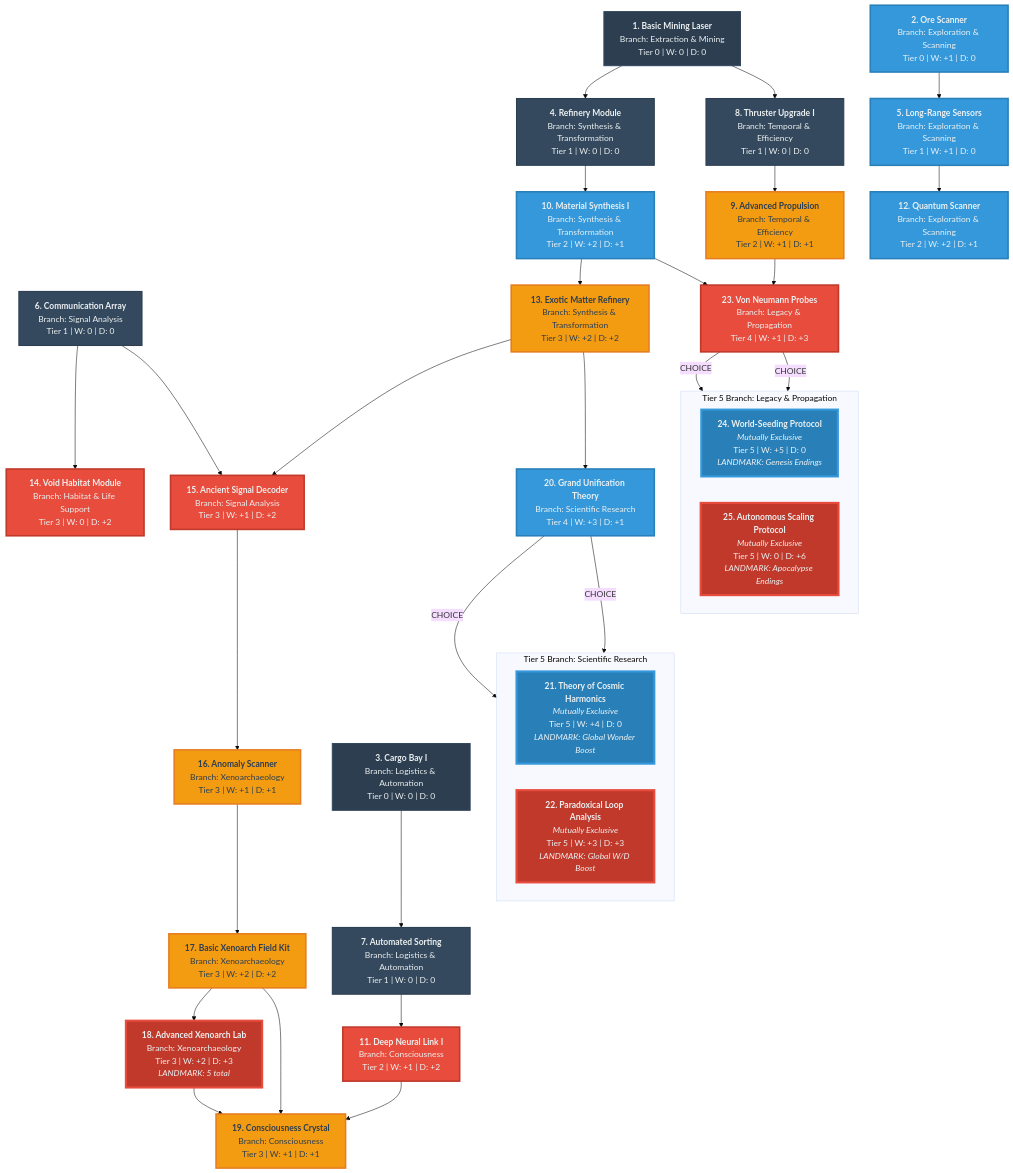
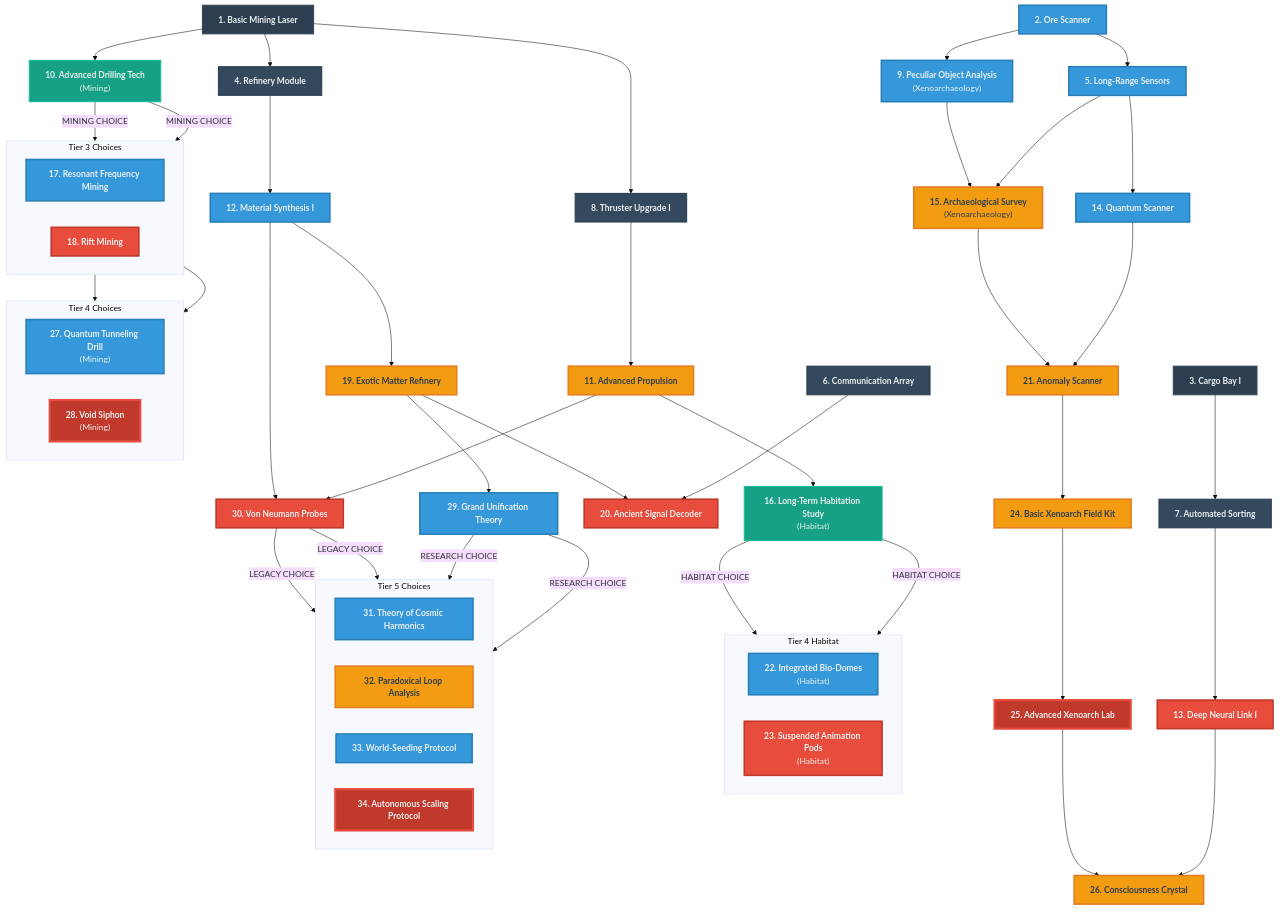
The diagram in projects/cosmos-and-chaos-2025-11/session.md (bravegeek/ai-workshop), drawn with Mermaid (base theme) before and after one commit. The commit also changed other lines of this file and 1 other file, not shown here.

First line of the commit message:
Enhance tech tree and gameplay mechanics through comprehensive session analyses

````diff
--- a/projects/cosmos-and-chaos-2025-11/session.md
+++ b/projects/cosmos-and-chaos-2025-11/session.md
@@ -541,96 +46,101 @@
     classDef landmarkWonder fill:#2980b9,stroke:#3498db,stroke-width:4px,color:#ecf0f1
     classDef landmarkDread fill:#c0392b,stroke:#e74c3c,stroke-width:4px,color:#ecf0f1
 
-    %% Tier 0: Foundation
-    T01["<b>1. Basic Mining Laser</b><br/>Branch: Extraction & Mining<br/>Tier 0 | W: 0 | D: 0"]
-    T02["<b>2. Ore Scanner</b><br/>Branch: Exploration & Scanning<br/>Tier 0 | W: +1 | D: 0"]
-    T03["<b>3. Cargo Bay I</b><br/>Branch: Logistics & Automation<br/>Tier 0 | W: 0 | D: 0"]
+    %% Tier 0
+    T01["<b>1. Basic Mining Laser</b>"]
+    T02["<b>2. Ore Scanner</b>"]
+    T03["<b>3. Cargo Bay I</b>"]
 
-    %% Tier 1: Early Expansion
-    T04["<b>4. Refinery Module</b><br/>Branch: Synthesis & Transformation<br/>Tier 1 | W: 0 | D: 0"]
-    T05["<b>5. Long-Range Sensors</b><br/>Branch: Exploration & Scanning<br/>Tier 1 | W: +1 | D: 0"]
-    T06["<b>6. Communication Array</b><br/>Branch: Signal Analysis<br/>Tier 1 | W: 0 | D: 0"]
-    T07["<b>7. Automated Sorting</b><br/>Branch: Logistics & Automation<br/>Tier 1 | W: 0 | D: 0"]
-    T08["<b>8. Thruster Upgrade I</b><br/>Branch: Temporal & Efficiency<br/>Tier 1 | W: 0 | D: 0"]
+    %% Tier 1
+    T04["<b>4. Refinery Module</b>"]
+    T05["<b>5. Long-Range Sensors</b>"]
+    T06["<b>6. Communication Array</b>"]
+    T07["<b>7. Automated Sorting</b>"]
+    T08["<b>8. Thruster Upgrade I</b>"]
+    T09["<b>9. Peculiar Object Analysis</b><br/>(Xenoarchaeology)"]
 
-    %% Tier 2: Deepening Mystery
-    T09["<b>9. Advanced Propulsion</b><br/>Branch: Temporal & Efficiency<br/>Tier 2 | W: +1 | D: +1"]
-    T10["<b>10. Material Synthesis I</b><br/>Branch: Synthesis & Transformation<br/>Tier 2 | W: +2 | D: +1"]
-    T11["<b>11. Deep Neural Link I</b><br/>Branch: Consciousness<br/>Tier 2 | W: +1 | D: +2"]
-    T12["<b>12. Quantum Scanner</b><br/>Branch: Exploration & Scanning<br/>Tier 2 | W: +2 | D: +1"]
+    %% Tier 2
+    T10["<b>10. Advanced Drilling Tech</b><br/>(Mining)"]
+    T11["<b>11. Advanced Propulsion</b>"]
+    T12["<b>12. Material Synthesis I</b>"]
+    T13["<b>13. Deep Neural Link I</b>"]
+    T14["<b>14. Quantum Scanner</b>"]
+    T15["<b>15. Archaeological Survey</b><br/>(Xenoarchaeology)"]
+    T16["<b>16. Long-Term Habitation Study</b><br/>(Habitat)"]
 
-    %% Tier 3: The Weight Increases
-    T13["<b>13. Exotic Matter Refinery</b><br/>Branch: Synthesis & Transformation<br/>Tier 3 | W: +2 | D: +2"]
-    T14["<b>14. Void Habitat Module</b><br/>Branch: Habitat & Life Support<br/>Tier 3 | W: 0 | D: +2"]
-    T15["<b>15. Ancient Signal Decoder</b><br/>Branch: Signal Analysis<br/>Tier 3 | W: +1 | D: +2"]
-    T16["<b>16. Anomaly Scanner</b><br/>Branch: Xenoarchaeology<br/>Tier 3 | W: +1 | D: +1"]
-    T17["<b>17. Basic Xenoarch Field Kit</b><br/>Branch: Xenoarchaeology<br/>Tier 3 | W: +2 | D: +2"]
-    T18["<b>18. Advanced Xenoarch Lab</b><br/>Branch: Xenoarchaeology<br/>Tier 3 | W: +2 | D: +3<br/><i>LANDMARK: 5 total</i>"]
-    T19["<b>19. Consciousness Crystal</b><br/>Branch: Consciousness<br/>Tier 3 | W: +1 | D: +1"]
+    %% Tier 3
+    subgraph "Tier 3 Choices"
+        direction LR
+        T17["<b>17. Resonant Frequency Mining</b>"]
+        T18["<b>18. Rift Mining</b>"]
+    end
+    T19["<b>19. Exotic Matter Refinery</b>"]
+    T20["<b>20. Ancient Signal Decoder</b>"]
+    T21["<b>21. Anomaly Scanner</b>"]
+    T24["<b>24. Basic Xenoarch Field Kit</b>"]
 
-    %% Tier 4: Late Game Start
-    T20["<b>20. Grand Unification Theory</b><br/>Branch: Scientific Research<br/>Tier 4 | W: +3 | D: +1"]
-    T23["<b>23. Von Neumann Probes</b><br/>Branch: Legacy & Propagation<br/>Tier 4 | W: +1 | D: +3"]
-
-    %% Tier 5: Late Game Choice
-    subgraph "Tier 5 Branch: Scientific Research"
+    %% Tier 4
+    subgraph "Tier 4 Choices"
         direction LR
-        T21["<b>21. Theory of Cosmic Harmonics</b><br/><i>Mutually Exclusive</i><br/>Tier 5 | W: +4 | D: 0<br/><i>LANDMARK: Global Wonder Boost</i>"]
-        T22["<b>22. Paradoxical Loop Analysis</b><br/><i>Mutually Exclusive</i><br/>Tier 5 | W: +3 | D: +3<br/><i>LANDMARK: Global W/D Boost</i>"]
+        T27["<b>27. Quantum Tunneling Drill</b><br/>(Mining)"]
+        T28["<b>28. Void Siphon</b><br/>(Mining)"]
     end
-    subgraph "Tier 5 Branch: Legacy & Propagation"
+    subgraph "Tier 4 Habitat"
         direction LR
-        T24["<b>24. World-Seeding Protocol</b><br/><i>Mutually Exclusive</i><br/>Tier 5 | W: +5 | D: 0<br/><i>LANDMARK: Genesis Endings</i>"]
-        T25["<b>25. Autonomous Scaling Protocol</b><br/><i>Mutually Exclusive</i><br/>Tier 5 | W: 0 | D: +6<br/><i>LANDMARK: Apocalypse Endings</i>"]
+        T22["<b>22. Integrated Bio-Domes</b><br/>(Habitat)"]
+        T23["<b>23. Suspended Animation Pods</b><br/>(Habitat)"]
+    end
+    T25["<b>25. Advanced Xenoarch Lab</b>"]
+    T26["<b>26. Consciousness Crystal</b>"]
+    T29["<b>29. Grand Unification Theory</b>"]
+    T30["<b>30. Von Neumann Probes</b>"]
+    
+    %% Tier 5
+    subgraph "Tier 5 Choices"
+        direction LR
+        T31["<b>31. Theory of Cosmic Harmonics</b>"]
+        T32["<b>32. Paradoxical Loop Analysis</b>"]
+        T33["<b>33. World-Seeding Protocol</b>"]
+        T34["<b>34. Autonomous Scaling Protocol</b>"]
     end
 
-
-    %% Prerequisites (Dependencies)
-    T01 --> T04
-    T01 --> T08
-    T02 --> T05
+    %% Dependencies
+    T01 --> T04; T01 --> T08; T01 --> T10
+    T02 --> T05; T02 --> T09
     T03 --> T07
-    T04 --> T10
-    T05 --> T12
-    T07 --> T11
-    T08 --> T09
-    T10 --> T13
-    T10 --> T23
-    T09 --> T23
-    T06 --> T14
-    T06 --> T15
-    T13 --> T15
-    T13 --> T20
-    T15 --> T16
-    T16 --> T17
-    T17 --> T18
-    T11 --> T19
-    T17 --> T19
-    T18 --> T19
-    
-    %% Tier 4/5 Dependencies
-    T20 -- "CHOICE" --> T21
-    T20 -- "CHOICE" --> T22
-    T23 -- "CHOICE" --> T24
-    T23 -- "CHOICE" --> T25
+    T04 --> T12
+    T05 --> T14; T05 --> T15
+    T06 --> T20
+    T07 --> T13
+    T08 --> T11
+    T09 --> T15
+    T10 -- "MINING CHOICE" --> T17; T10 -- "MINING CHOICE" --> T18
+    T11 --> T16; T11 --> T30
+    T12 --> T19; T12 --> T30
+    T13 --> T26
+    T14 --> T21
+    T15 --> T21
+    T16 -- "HABITAT CHOICE" --> T22; T16 -- "HABITAT CHOICE" --> T23
+    T17 --> T27
+    T18 --> T28
+    T19 --> T20; T19 --> T29
+    T21 --> T24
+    T24 --> T25
+    T25 --> T26
+    T29 -- "RESEARCH CHOICE" --> T31; T29 -- "RESEARCH CHOICE" --> T32
+    T30 -- "LEGACY CHOICE" --> T33; T30 -- "LEGACY CHOICE" --> T34
 
 
-    %% Apply tier styling
+    %% Styling
     class T01,T02,T03 tier0
-    class T04,T05,T06,T07,T08 tier1
-    class T09,T10,T11,T12 tier2
-    class T13,T14,T15,T16,T17,T18,T19 tier3
-    class T20,T23 tier4
-    class T21,T22,T24,T25 tier5
+    class T04,T05,T06,T07,T08,T09 tier1
+    class T10,T11,T12,T13,T14,T15,T16 tier2
+    class T17,T18,T19,T20,T21,T24 tier3
+    class T22,T23,T25,T26,T27,T28,T29,T30 tier4
+    class T31,T32,T33,T34 tier5
 
-    %% Apply emotional weight styling
-    class T02,T05,T10,T12,T20 wonderHeavy
-    class T11,T14,T15,T23 dreadHeavy
-    class T09,T13,T16,T17,T19,T22 balanced
-    
-    %% Apply Landmark styling
-    class T18,T21,T22,T24,T25 landmark
-    class T21,T24 landmarkWonder
-    class T25 landmarkDread
-
+    class T02,T05,T09,T12,T14,T17,T22,T27,T29,T31,T33 wonderHeavy
+    class T13,T18,T20,T23,T28,T30 dreadHeavy
+    class T11,T15,T19,T21,T24,T26,T32 balanced
+    class T25,T28,T34 landmarkDread
 ```
````
